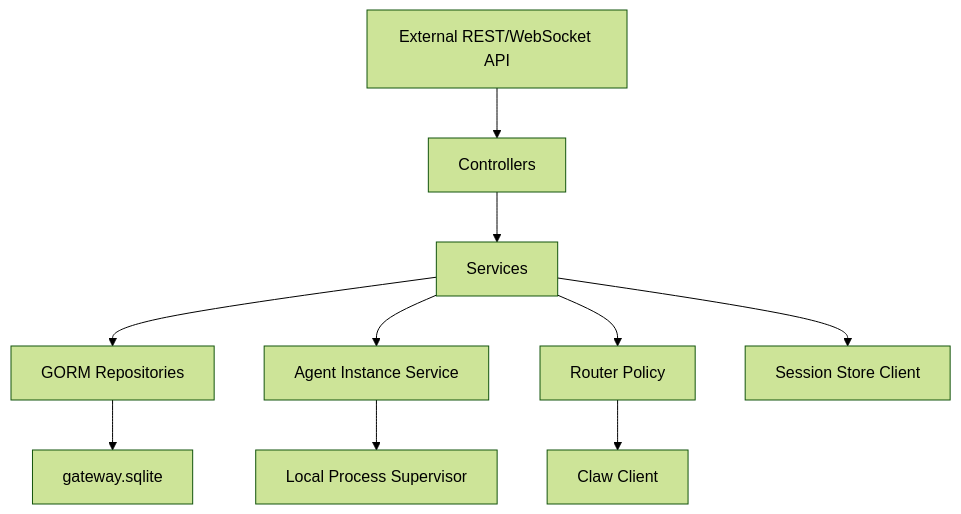
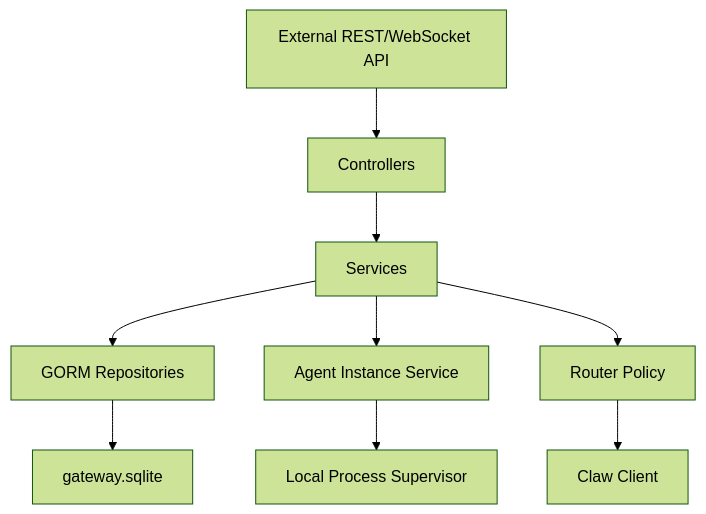
One commit to issueye/icoo_claw changed the third of 5 diagrams in docs/ai-agent-platform/02-architecture.md. Above: the diagram before and after it, drawn with Mermaid (forest theme). The commit also changed other lines of this file and 63 other files, not shown here.

````diff
--- a/docs/ai-agent-platform/02-architecture.md
+++ b/docs/ai-agent-platform/02-architecture.md
@@ -101,12 +89,11 @@
 ```mermaid
 flowchart TB
   API["External REST/WebSocket API"] --> Controllers["Controllers"]
   Controllers --> Services["Services"]
   Services --> Repos["GORM Repositories"]
   Services --> InstanceSvc["Agent Instance Service"]
   InstanceSvc --> Supervisor["Local Process Supervisor"]
   Services --> RouterPolicy["Router Policy"]
   RouterPolicy --> ClawClient["Claw Client"]
-  Services --> StoreClient["Session Store Client"]
   Repos --> SQLite["gateway.sqlite"]
 ```
````
